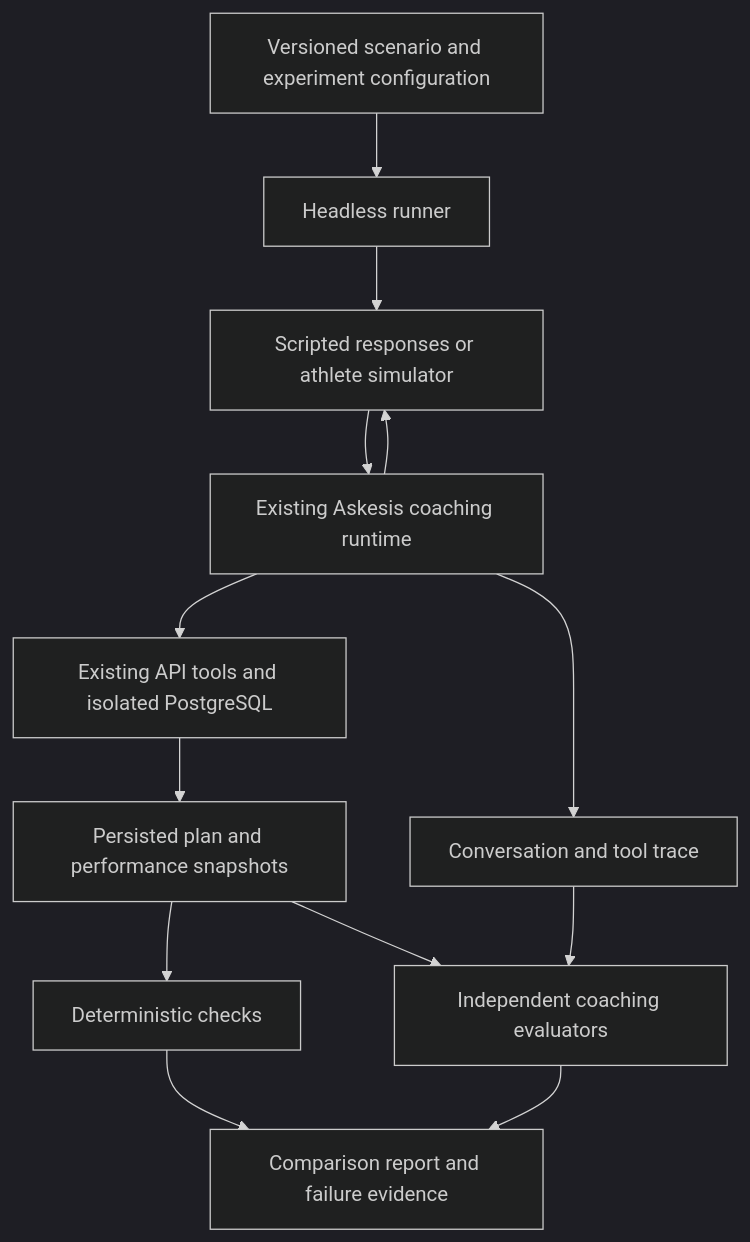
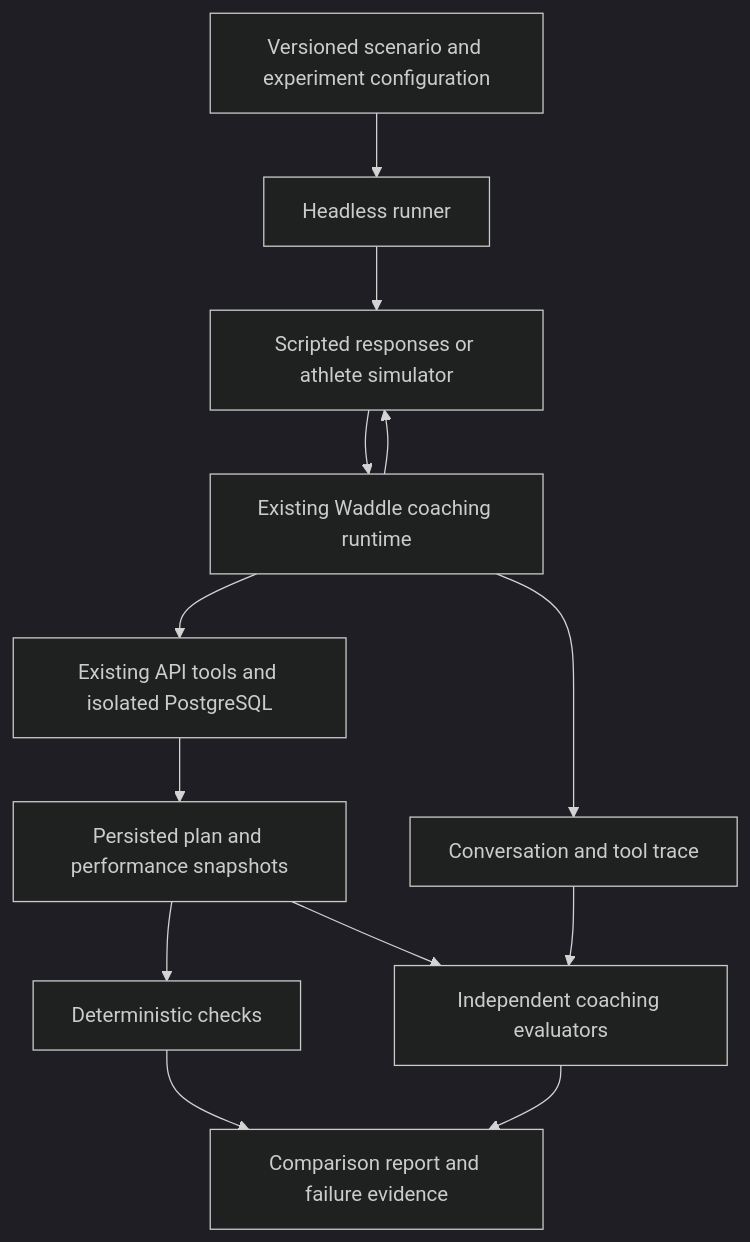
Before and after one commit to benjamingriff/askesis: the diagram in docs/product/training-plan-benchmarks-proposal.md, drawn with Mermaid (dark theme). The commit also changed other lines of this file and 188 other files, not shown here.

````diff
--- a/docs/product/training-plan-benchmarks-proposal.md
+++ b/docs/product/training-plan-benchmarks-proposal.md
@@ -69,15 +69,15 @@
 ```mermaid
 flowchart TD
     S[Versioned scenario and experiment configuration] --> H[Headless runner]
     H --> U[Scripted responses or athlete simulator]
-    U --> C[Existing Askesis coaching runtime]
+    U --> C[Existing Waddle coaching runtime]
     C --> T[Existing API tools and isolated PostgreSQL]
     C --> U
     T --> P[Persisted plan and performance snapshots]
     C --> R[Conversation and tool trace]
     P --> D[Deterministic checks]
     P --> J[Independent coaching evaluators]
     R --> J
     D --> O[Comparison report and failure evidence]
     J --> O
 ```
````
